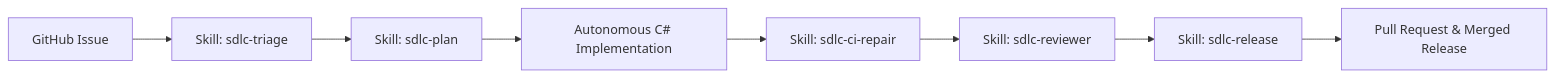
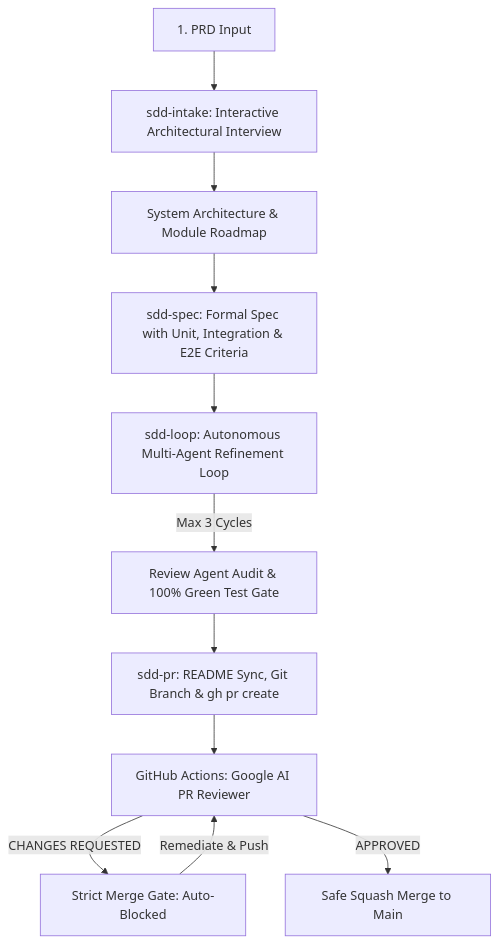
Before and after one commit to akazad13/sdlc-workflow-automate: the diagram in README.md, drawn with Mermaid. The commit also changed other lines of this file and 85 other files, not shown here.

````diff
--- a/README.md
+++ b/README.md
@@ -9,10 +86,13 @@
 ```mermaid
-flowchart LR
-    A[GitHub Issue] --> B[Skill: sdlc-triage]
-    B --> C[Skill: sdlc-plan]
-    C --> D[Autonomous C# Implementation]
-    D --> E[Skill: sdlc-ci-repair]
-    E --> F[Skill: sdlc-reviewer]
-    F --> G[Skill: sdlc-release]
-    G --> H[Pull Request & Merged Release]
+flowchart TD
+    A[1. PRD Input] --> B[sdd-intake: Interactive Architectural Interview]
+    B --> C[System Architecture & Module Roadmap]
+    C --> D[sdd-spec: Formal Spec with Unit, Integration & E2E Criteria]
+    D --> E[sdd-loop: Autonomous Multi-Agent Refinement Loop]
+    E -->|Max 3 Cycles| F[Review Agent Audit & 100% Green Test Gate]
+    F --> G[sdd-pr: README Sync, Git Branch & gh pr create]
+    G --> H[GitHub Actions: Google AI PR Reviewer]
+    H -->|CHANGES REQUESTED| I[Strict Merge Gate: Auto-Blocked]
+    I -->|Remediate & Push| H
+    H -->|APPROVED| J[Safe Squash Merge to Main]
 ```
````
